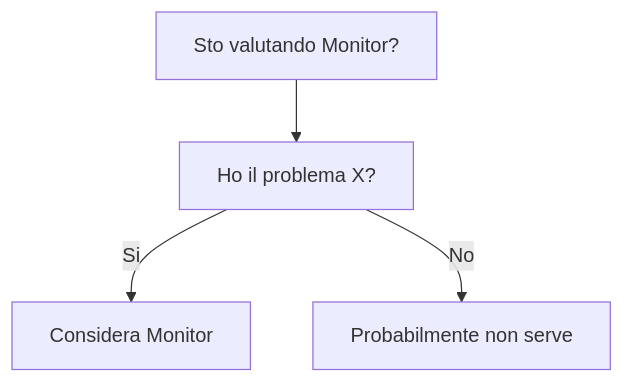
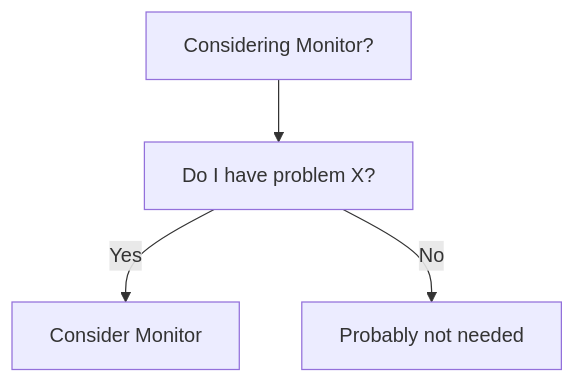
One commit to HxT9/Software-Dev-Wiki changed the diagram in dev-wiki/03_Design_Patterns/Concurrency/Monitor/When_To_Use.md. Above: the diagram before and after it, drawn with Mermaid. The commit also changed other lines of this file and 3444 other files, not shown here.

````diff
--- a/dev-wiki/03_Design_Patterns/Concurrency/Monitor/When_To_Use.md
+++ b/dev-wiki/03_Design_Patterns/Concurrency/Monitor/When_To_Use.md
@@ -19,6 +19,6 @@
 ```mermaid
 flowchart TD
-  Q[Sto valutando Monitor?] --> Q1[Ho il problema X?]
-  Q1 -->|Si| OK[Considera Monitor]
-  Q1 -->|No| NO[Probabilmente non serve]
+  Q[Considering Monitor?] --> Q1[Do I have problem X?]
+  Q1 -->|Yes| OK[Consider Monitor]
+  Q1 -->|No| NO[Probably not needed]
 ```
````
